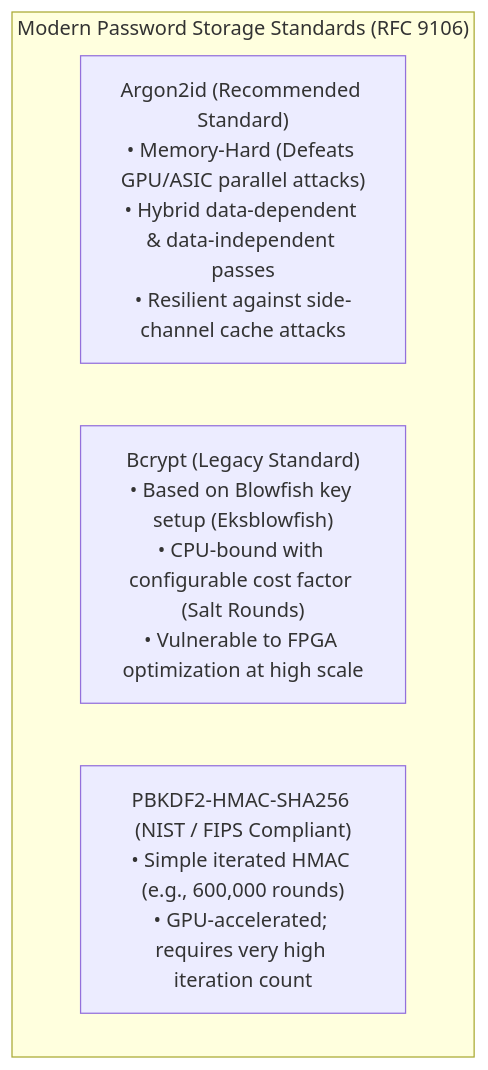
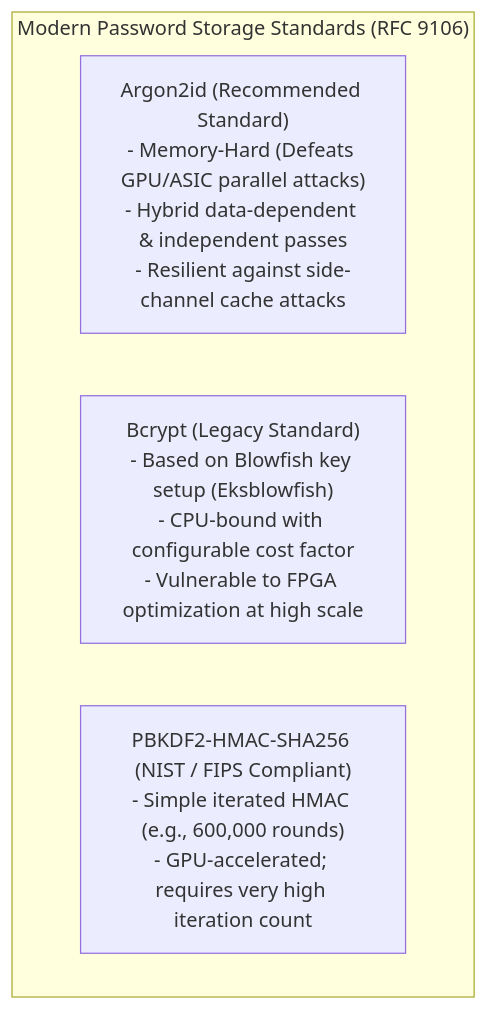
Before and after one commit to MoAdel/PrincipalJourney: the diagram in 02-Authentication/12B-Credential-Defense-And-Delegation.md, drawn with Mermaid. The commit also changed 197 other files, not shown here.

````diff
--- a/02-Authentication/12B-Credential-Defense-And-Delegation.md
+++ b/02-Authentication/12B-Credential-Defense-And-Delegation.md
@@ -28,8 +28,8 @@
 ```mermaid
 graph TD
     subgraph KDF_Comparison["Modern Password Storage Standards (RFC 9106)"]
-        Argon2id["Argon2id (Recommended Standard)<br/>• Memory-Hard (Defeats GPU/ASIC parallel attacks)<br/>• Hybrid data-dependent & data-independent passes<br/>• Resilient against side-channel cache attacks"]
-        Bcrypt["Bcrypt (Legacy Standard)<br/>• Based on Blowfish key setup (Eksblowfish)<br/>• CPU-bound with configurable cost factor (Salt Rounds)<br/>• Vulnerable to FPGA optimization at high scale"]
-        PBKDF2["PBKDF2-HMAC-SHA256 (NIST / FIPS Compliant)<br/>• Simple iterated HMAC (e.g., 600,000 rounds)<br/>• GPU-accelerated; requires very high iteration count"]
+        Argon2id["Argon2id (Recommended Standard)\n- Memory-Hard (Defeats GPU/ASIC parallel attacks)\n- Hybrid data-dependent & independent passes\n- Resilient against side-channel cache attacks"]
+        Bcrypt["Bcrypt (Legacy Standard)\n- Based on Blowfish key setup (Eksblowfish)\n- CPU-bound with configurable cost factor\n- Vulnerable to FPGA optimization at high scale"]
+        PBKDF2["PBKDF2-HMAC-SHA256 (NIST / FIPS Compliant)\n- Simple iterated HMAC (e.g., 600,000 rounds)\n- GPU-accelerated; requires very high iteration count"]
     end
 ```
````
